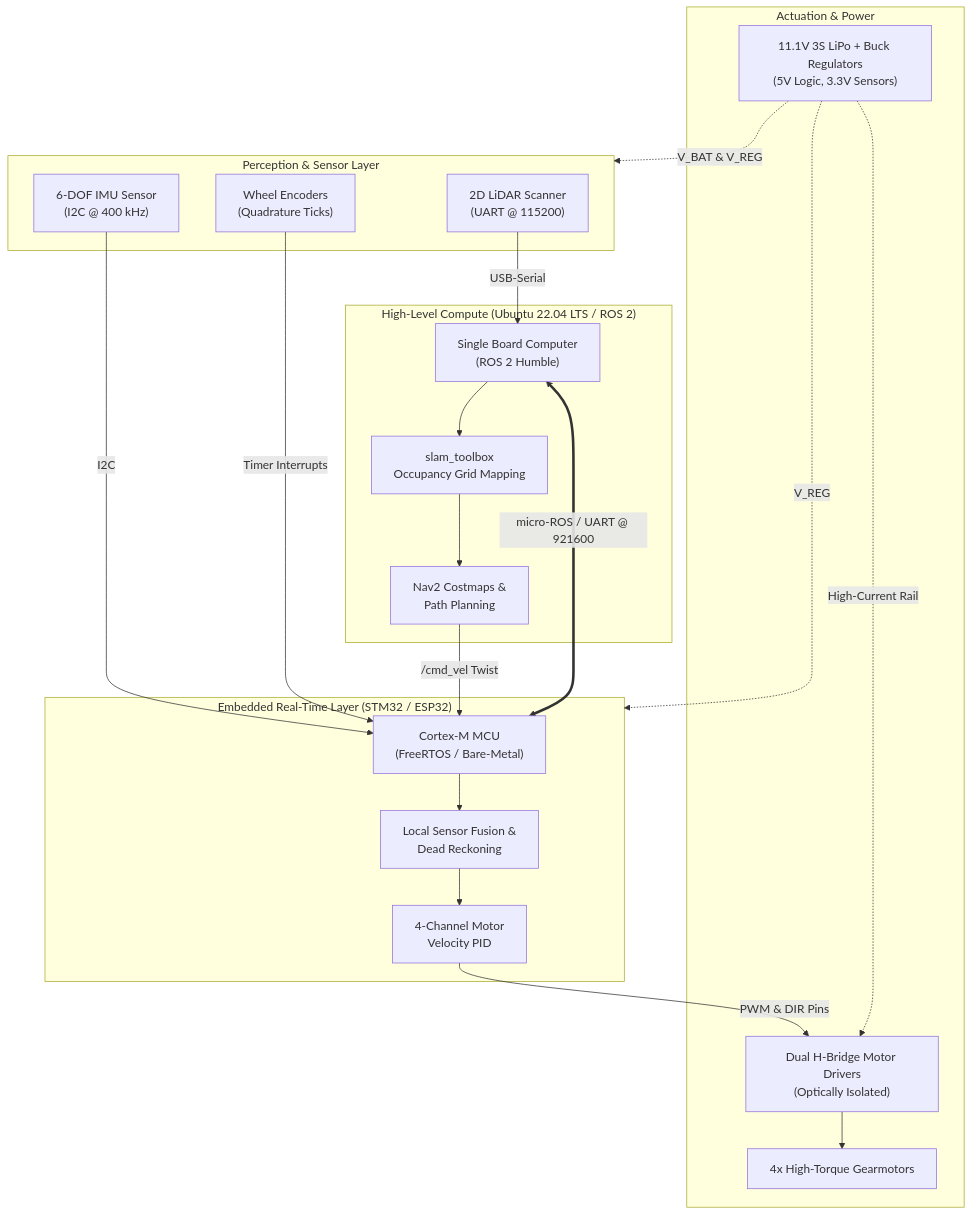
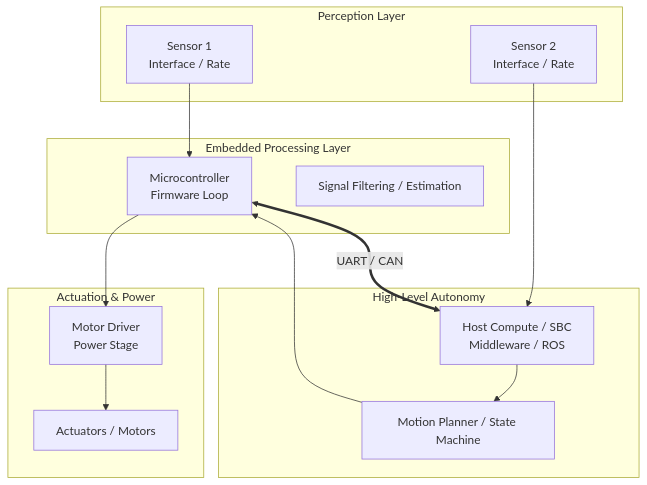
One commit to ecpasos/ecpasos.github.io changed the diagram in projects/template_project.md. Above: the diagram before and after it, drawn with Mermaid. The commit also changed other lines of this file and 11 other files, not shown here.

````diff
--- a/projects/template_project.md
+++ b/projects/template_project.md
@@ -171,48 +84,29 @@
 ```mermaid
 flowchart TD
-    subgraph SENSORS["Perception & Sensor Layer"]
-        LIDAR["2D LiDAR Scanner\n(UART @ 115200)"]
-        IMU["6-DOF IMU Sensor\n(I2C @ 400 kHz)"]
-        ENC["Wheel Encoders\n(Quadrature Ticks)"]
+    subgraph SENSORS["Perception Layer"]
+        S1["Sensor 1\nInterface / Rate"]
+        S2["Sensor 2\nInterface / Rate"]
     end
 
-    subgraph EMBEDDED["Embedded Real-Time Layer (STM32 / ESP32)"]
-        MCU["Cortex-M MCU\n(FreeRTOS / Bare-Metal)"]
-        EKF["Local Sensor Fusion &\nDead Reckoning"]
-        PID["4-Channel Motor\nVelocity PID"]
+    subgraph EMBEDDED["Embedded Processing Layer"]
+        MCU["Microcontroller\nFirmware Loop"]
+        FILT["Signal Filtering / Estimation"]
     end
 
-    subgraph HIGHLEVEL["High-Level Compute (Ubuntu 22.04 LTS / ROS 2)"]
-        SBC["Single Board Computer\n(ROS 2 Humble)"]
-        SLAM["slam_toolbox\nOccupancy Grid Mapping"]
-        NAV["Nav2 Costmaps &\nPath Planning"]
+    subgraph HIGHLEVEL["High-Level Autonomy"]
+        SBC["Host Compute / SBC\nMiddleware / ROS"]
+        PLAN["Motion Planner / State Machine"]
     end
 
     subgraph ACTUATION["Actuation & Power"]
-        DRV["Dual H-Bridge Motor Drivers\n(Optically Isolated)"]
-        MOT["4x High-Torque Gearmotors"]
-        PWR["11.1V 3S LiPo + Buck Regulators\n(5V Logic, 3.3V Sensors)"]
+        DRV["Motor Driver\nPower Stage"]
+        ACT["Actuators / Motors"]
     end
 
-    %% Sensor to Embedded connections
-    IMU -->|I2C| MCU
-    ENC -->|Timer Interrupts| MCU
-    
-    %% Embedded internal flow
-    MCU --> EKF
-    EKF --> PID
-
-    %% High-level connections
-    LIDAR -->|USB-Serial| SBC
-    MCU <==>|micro-ROS / UART @ 921600| SBC
-    SBC --> SLAM
-    SLAM --> NAV
-    NAV -->|/cmd_vel Twist| MCU
-
-    %% Actuation connections
-    PID -->|PWM & DIR Pins| DRV
-    DRV --> MOT
-    PWR -.->|V_BAT & V_REG| SENSORS
-    PWR -.->|V_REG| EMBEDDED
-    PWR -.->|High-Current Rail| DRV
+    S1 --> MCU
+    S2 --> SBC
+    MCU <==>|UART / CAN| SBC
+    SBC --> PLAN
+    PLAN --> MCU
+    MCU --> DRV --> ACT
 ```
````
